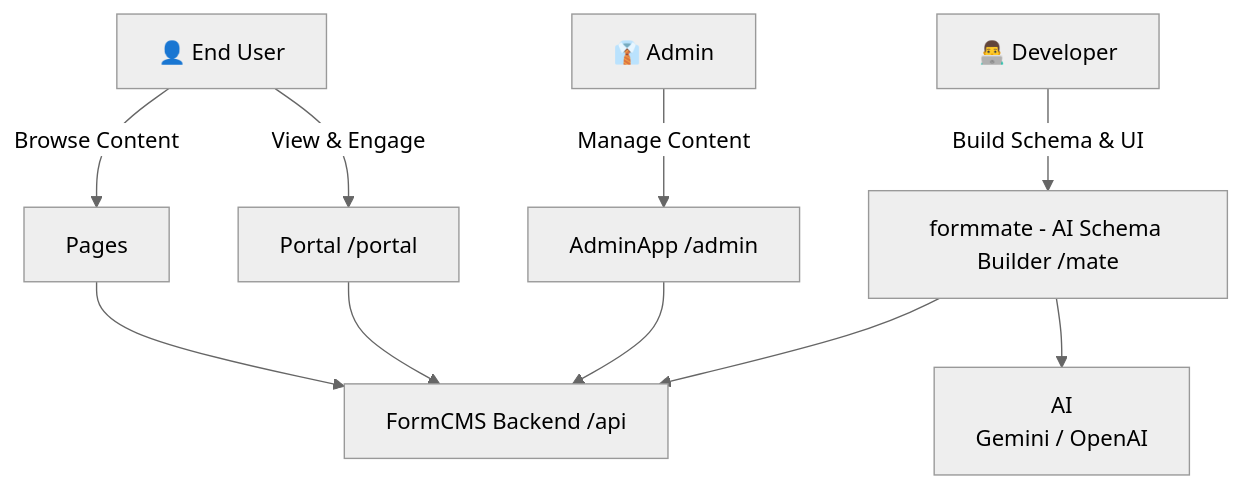
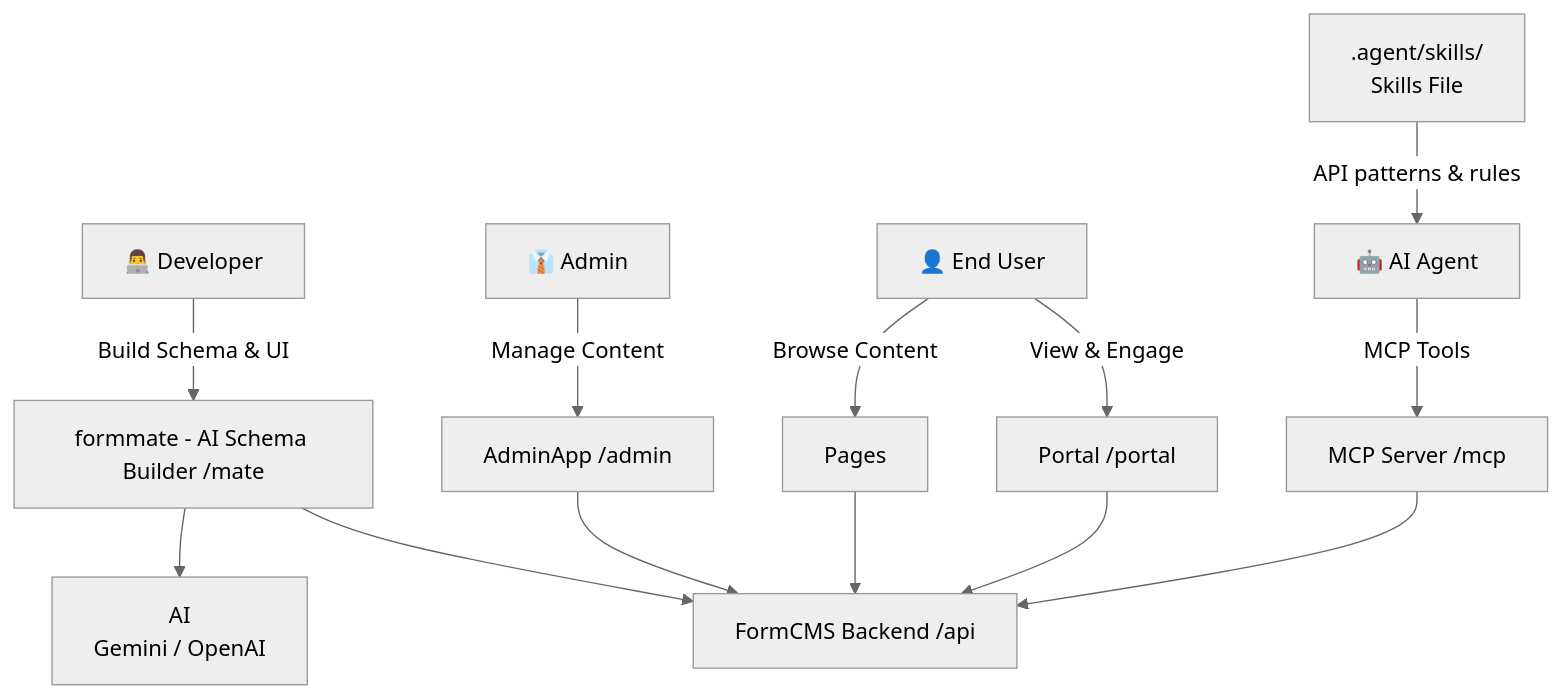
The diagram in docs/wiki/Architecture.md (kaboomtastic9000k/formmate), drawn with Mermaid (neutral theme) before and after one commit. The commit also changed other lines of this file and 4 other files, not shown here.

Commit message:
docs: update Antigravity guide to reflect new MCP server workflow and add Docker deployment documentation

````diff
--- a/docs/wiki/Architecture.md
+++ b/docs/wiki/Architecture.md
@@ -5,30 +5,38 @@
 ```mermaid
 graph TD
     %% Users
-    U1[👨‍💻 Developer]
-    U2[👔 Admin]
-    U3[👤 End User]
+    U1["👨‍💻 Developer"]
+    U2["👔 Admin"]
+    U3["👤 End User"]
+    U4["🤖 AI Agent"]
 
     %% User Interfaces
     A[formmate - AI Schema Builder /mate]
     C[AdminApp /admin]
     D[Portal /portal]
     P[Pages]
 
     %% Backend Services
     B[FormCMS Backend /api]
     E[AI<br>Gemini / OpenAI]
+    M[MCP Server /mcp]
+
+    %% Local agent context
+    SK[".agent/skills/\nSkills File"]
 
     %% User → UI
     U1 -->|Build Schema & UI| A
     U2 -->|Manage Content| C
     U3 -->|View & Engage| D
     U3 -->|Browse Content| P
+    U4 -->|MCP Tools| M
+    SK -->|API patterns & rules| U4
 
     %% UI → Backend
     A --> B
     A --> E
     C --> B
     D --> B
     P --> B
+    M --> B
 ```
````
